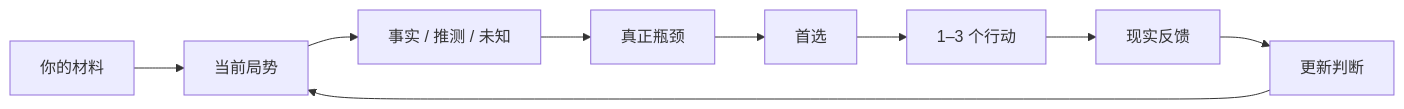
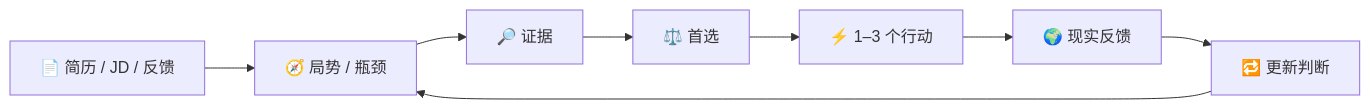
One commit to lavine888/Career-Junshi changed the diagram in README.md. Above: the diagram before and after it, drawn with Mermaid. The commit also changed other lines of this file and 1 other file, not shown here.

````diff
--- a/README.md
+++ b/README.md
@@ -89,11 +98,10 @@
 ```mermaid
 flowchart LR
-    A["你的材料"] --> B["当前局势"]
-    B --> C["事实 / 推测 / 未知"]
-    C --> D["真正瓶颈"]
-    D --> E["首选"]
-    E --> F["1–3 个行动"]
-    F --> G["现实反馈"]
-    G --> H["更新判断"]
-    H --> B
+    A["📄 简历 / JD / 反馈"] --> B["🧭 局势 / 瓶颈"]
+    B --> C["🔎 证据"]
+    C --> D["⚖️ 首选"]
+    D --> E["⚡ 1–3 个行动"]
+    E --> F["🌍 现实反馈"]
+    F --> G["🔁 更新判断"]
+    G --> B
 ```
````
